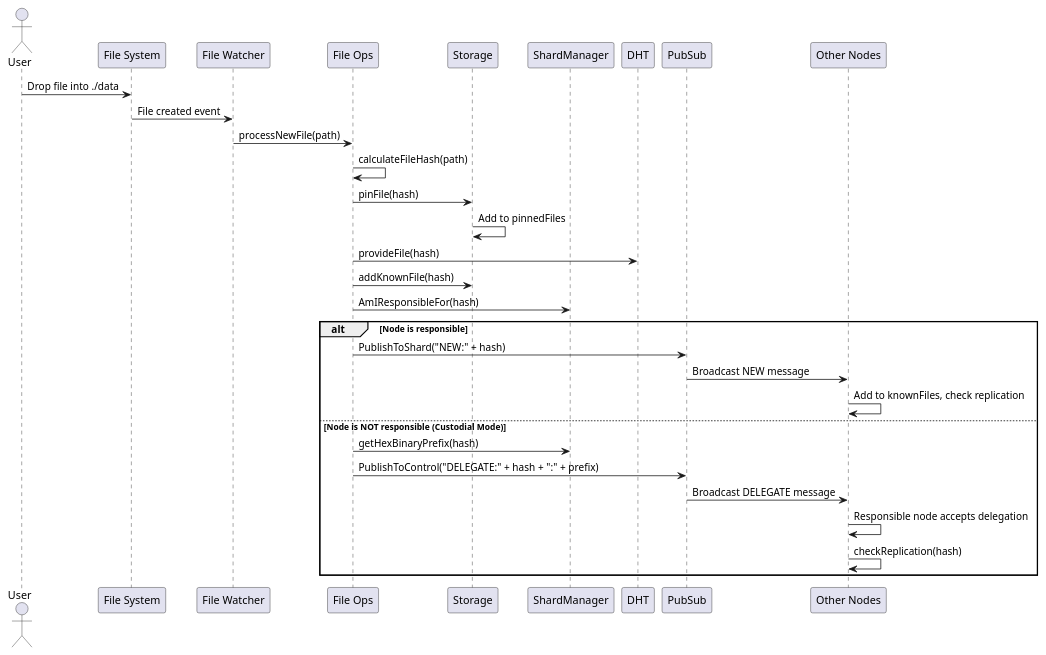
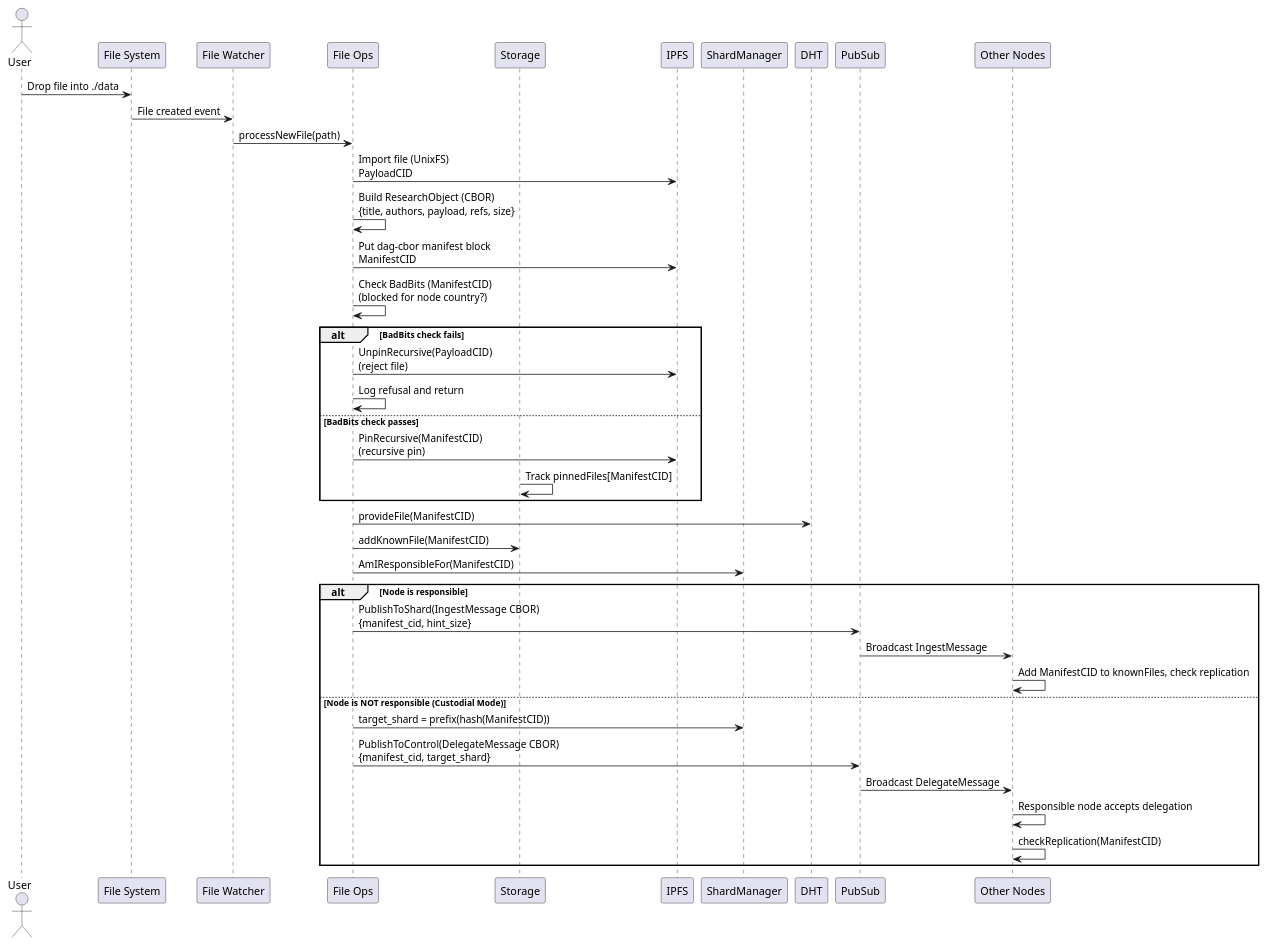
Before and after one commit to gipplab/D-LOCKSS: the diagram in docs/file_ingestion_sequence.puml, drawn with PlantUML. The commit also changed 36 other files, not shown here.

Commit message:
- dag-cbor introduced to replace json messages - sharding trigger based on nodes instead of messages - badBits to filer out bad CIDs - trustedPeers to lock the network to a defined group of peers

```diff
--- a/docs/file_ingestion_sequence.puml
+++ b/docs/file_ingestion_sequence.puml
@@ -1,38 +1,47 @@
 @startuml File Ingestion Sequence
 
 actor User
 participant "File System" as FS
 participant "File Watcher" as Watcher
 participant "File Ops" as FileOps
 participant "Storage" as Storage
+participant "IPFS" as IPFS
 participant "ShardManager" as ShardMgr
 participant "DHT" as DHT
 participant "PubSub" as PubSub
 participant "Other Nodes" as Nodes
 
 User -> FS: Drop file into ./data
 FS -> Watcher: File created event
 Watcher -> FileOps: processNewFile(path)
 
-FileOps -> FileOps: calculateFileHash(path)
-FileOps -> Storage: pinFile(hash)
-Storage -> Storage: Add to pinnedFiles 
+FileOps -> IPFS: Import file (UnixFS)\nPayloadCID
+FileOps -> FileOps: Build ResearchObject (CBOR)\n{title, authors, payload, refs, size}
+FileOps -> IPFS: Put dag-cbor manifest block\nManifestCID
+FileOps -> FileOps: Check BadBits (ManifestCID)\n(blocked for node country?)
+alt BadBits check fails
+    FileOps -> IPFS: UnpinRecursive(PayloadCID)\n(reject file)
+    FileOps -> FileOps: Log refusal and return
+else BadBits check passes
+    FileOps -> IPFS: PinRecursive(ManifestCID)\n(recursive pin)
+    Storage -> Storage: Track pinnedFiles[ManifestCID]
+end
 
-FileOps -> DHT: provideFile(hash)
-FileOps -> Storage: addKnownFile(hash)
+FileOps -> DHT: provideFile(ManifestCID)
+FileOps -> Storage: addKnownFile(ManifestCID)
 
-FileOps -> ShardMgr: AmIResponsibleFor(hash)
+FileOps -> ShardMgr: AmIResponsibleFor(ManifestCID)
 
 alt Node is responsible
-    FileOps -> PubSub: PublishToShard("NEW:" + hash)
-    PubSub -> Nodes: Broadcast NEW message
-    Nodes -> Nodes: Add to knownFiles, check replication
+    FileOps -> PubSub: PublishToShard(IngestMessage CBOR)\n{manifest_cid, hint_size}
+    PubSub -> Nodes: Broadcast IngestMessage
+    Nodes -> Nodes: Add ManifestCID to knownFiles, check replication
 else Node is NOT responsible (Custodial Mode)
-    FileOps -> ShardMgr: getHexBinaryPrefix(hash)
-    FileOps -> PubSub: PublishToControl("DELEGATE:" + hash + ":" + prefix)
-    PubSub -> Nodes: Broadcast DELEGATE message
+    FileOps -> ShardMgr: target_shard = prefix(hash(ManifestCID))
+    FileOps -> PubSub: PublishToControl(DelegateMessage CBOR)\n{manifest_cid, target_shard}
+    PubSub -> Nodes: Broadcast DelegateMessage
     Nodes -> Nodes: Responsible node accepts delegation
-    Nodes -> Nodes: checkReplication(hash)
+    Nodes -> Nodes: checkReplication(ManifestCID)
 end
 
 @enduml
```
